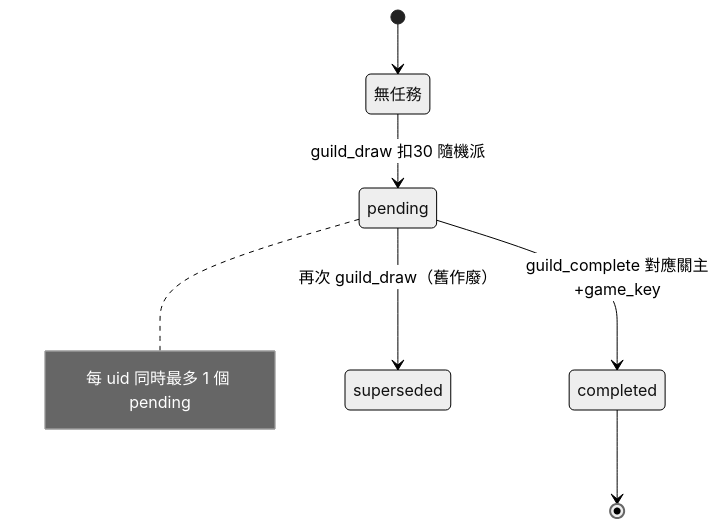
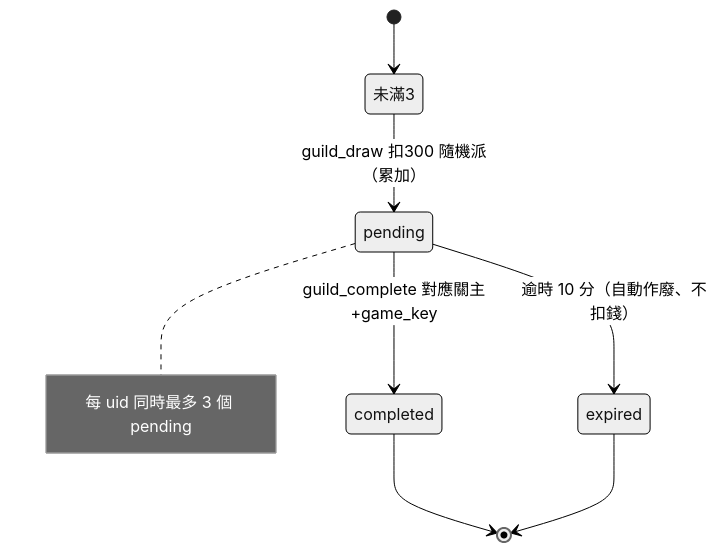
Before and after one commit to mushding/2026-bilingual-camp-little-market: the fifth of 7 diagrams in docs/app/33-架構與部署.md, drawn with Mermaid (neutral theme). The commit also changed other lines of this file and 21 other files, not shown here.

````diff
--- a/docs/app/33-架構與部署.md
+++ b/docs/app/33-架構與部署.md
@@ -125,9 +124,10 @@
 ```mermaid
 stateDiagram-v2
-  [*] --> 無任務
-  無任務 --> pending: guild_draw 扣30 隨機派
+  [*] --> 未滿3
+  未滿3 --> pending: guild_draw 扣300 隨機派（累加）
   pending --> completed: guild_complete 對應關主+game_key
-  pending --> superseded: 再次 guild_draw（舊作廢）
+  pending --> expired: 逾時 10 分（自動作廢、不扣錢）
   completed --> [*]
-  note right of pending: 每 uid 同時最多 1 個 pending
+  expired --> [*]
+  note right of pending: 每 uid 同時最多 3 個 pending
 ```
````
